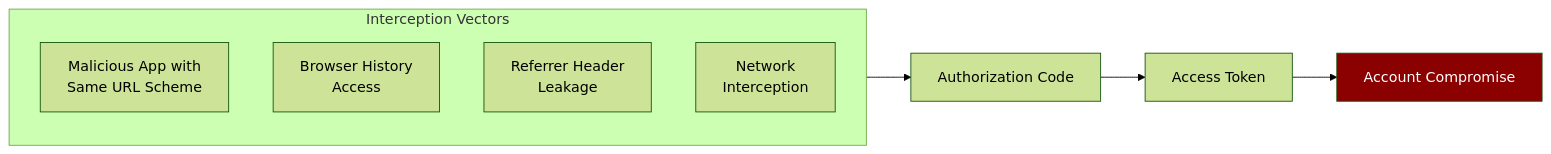
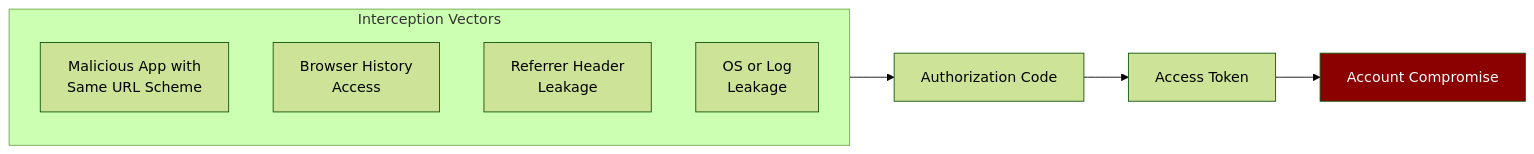
The fourth of 19 diagrams in posts/2025-12-16-what-is-pkce-and-why-you-need-it/README.md (OneUptime/blog), drawn with Mermaid (forest theme) before and after one commit. The commit also changed other lines of this file and 2 other files, not shown here.

````diff
--- a/posts/2025-12-16-what-is-pkce-and-why-you-need-it/README.md
+++ b/posts/2025-12-16-what-is-pkce-and-why-you-need-it/README.md
@@ -97,15 +97,15 @@
 ```mermaid
 flowchart LR
     subgraph Vectors["Interception Vectors"]
         A[Malicious App with<br/>Same URL Scheme]
         B[Browser History<br/>Access]
         C[Referrer Header<br/>Leakage]
-        D[Network<br/>Interception]
+        D[OS or Log<br/>Leakage]
     end
 
     Vectors --> Code[Authorization Code]
     Code --> Token[Access Token]
     Token --> Breach["Account Compromise"]
 
     style Breach fill:#8b0000,color:#fff
 ```
````
